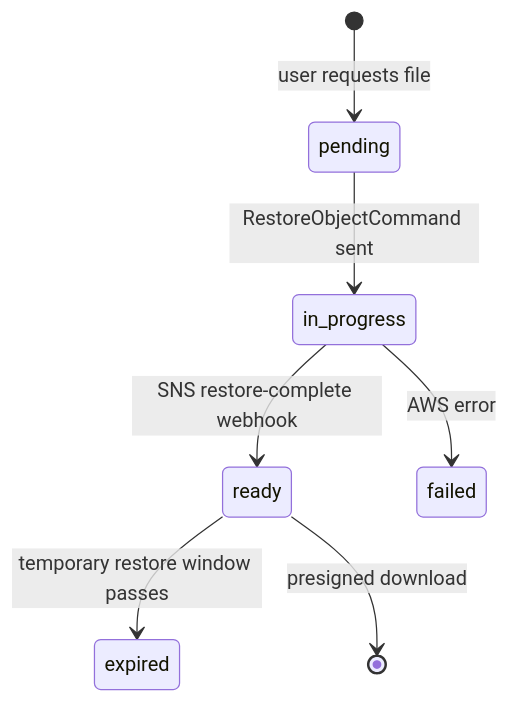
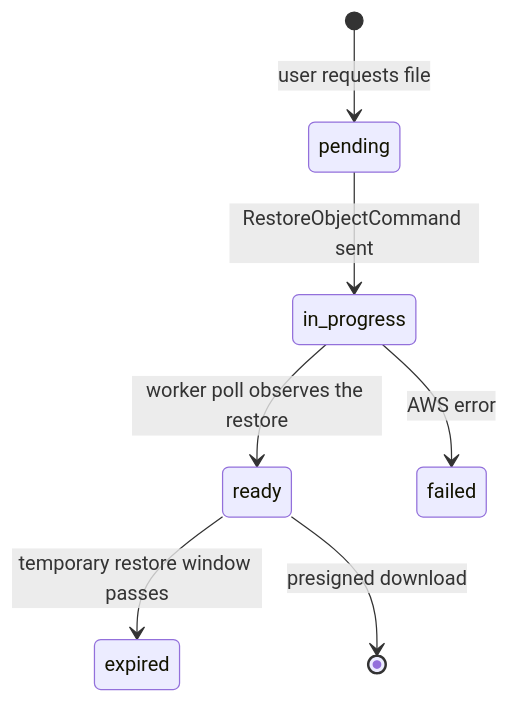
The second of 2 diagrams in README.md (thomasreichmann/nexus), drawn with Mermaid before and after one commit. The commit also changed other lines of this file and 85 other files, not shown here.

````diff
--- a/README.md
+++ b/README.md
@@ -62,9 +62,9 @@
 ```mermaid
 stateDiagram-v2
     [*] --> pending: user requests file
     pending --> in_progress: RestoreObjectCommand sent
-    in_progress --> ready: SNS restore-complete webhook
+    in_progress --> ready: worker poll observes the restore
     ready --> expired: temporary restore window passes
     ready --> [*]: presigned download
     in_progress --> failed: AWS error
 ```
````
